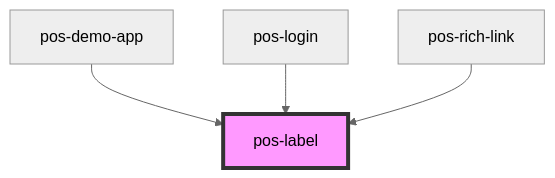
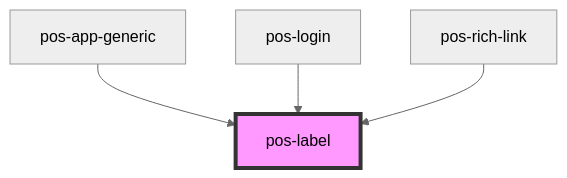
The diagram in elements/src/components/pos-label/readme.md (pod-os/PodOS), drawn with Mermaid (neutral theme) before and after one commit. The commit also changed other lines of this file and 7 other files, not shown here.

````diff
--- a/elements/src/components/pos-label/readme.md
+++ b/elements/src/components/pos-label/readme.md
@@ -24,7 +24,7 @@
 ```mermaid
 graph TD;
-  pos-demo-app --> pos-label
+  pos-app-generic --> pos-label
   pos-login --> pos-label
   pos-rich-link --> pos-label
   style pos-label fill:#f9f,stroke:#333,stroke-width:4px
 ```
````
